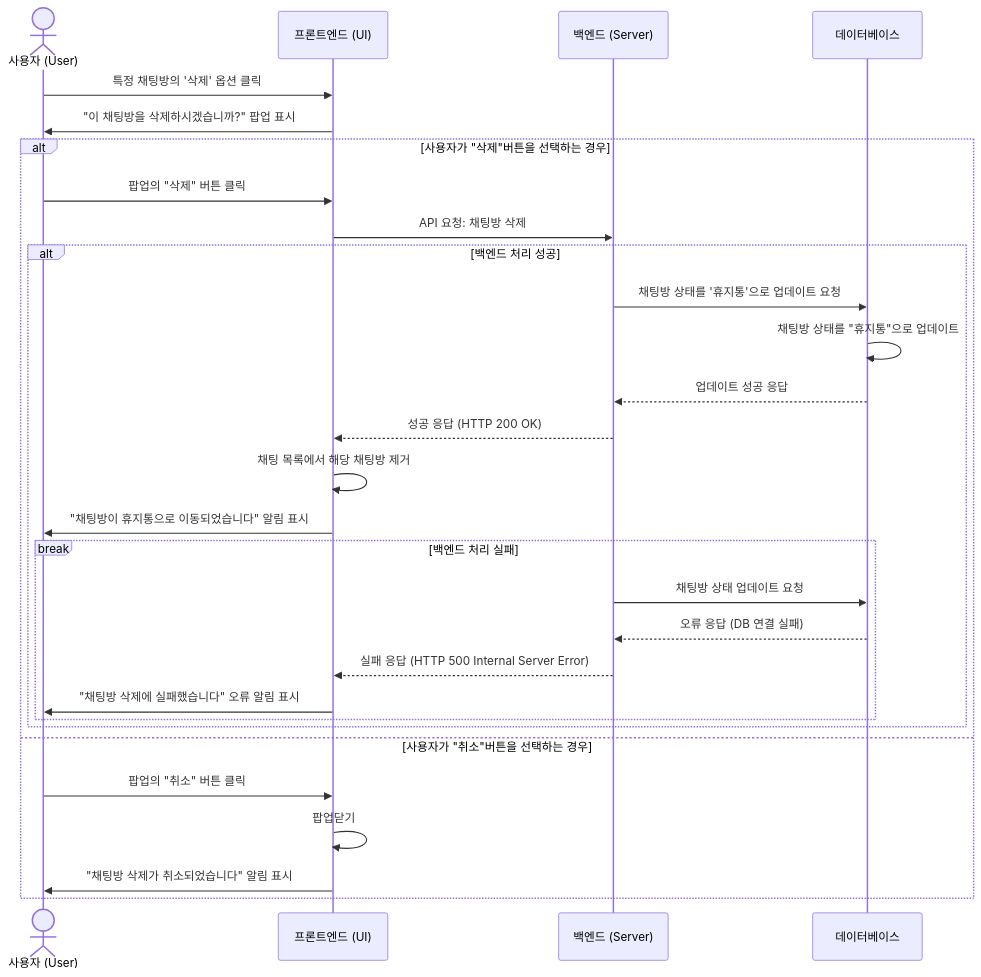
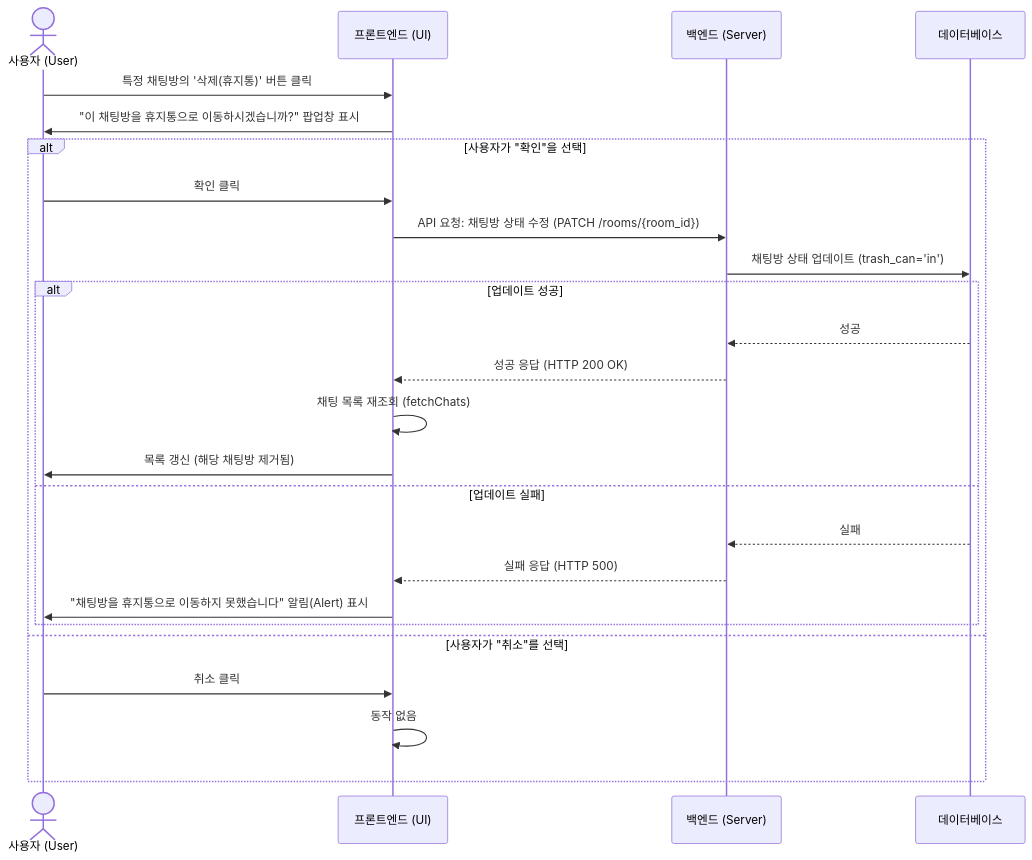
Before and after one commit to YU-SoftwareEng/AlphaBot: the ninth of 22 diagrams in 문서/SDS/SDS_[Alphabot]_4_SequenceDiagram.md, drawn with Mermaid. The commit also changed other lines of this file and 2 other files, not shown here.

Commit message:
sds 문서 업데이트

````diff
--- a/문서/SDS/SDS_[Alphabot]_4_SequenceDiagram.md
+++ b/문서/SDS/SDS_[Alphabot]_4_SequenceDiagram.md
@@ -317,31 +287,30 @@
 ```mermaid
 sequenceDiagram
-  actor 사용자 as 사용자 (User)
-  participant Frontend as 프론트엔드 (UI)
-  participant Backend as 백엔드 (Server)
-  participant DB as 데이터베이스
-  사용자 ->> Frontend: 특정 채팅방의 '삭제' 옵션 클릭
-  Frontend ->> 사용자: "이 채팅방을 삭제하시겠습니까?" 팝업 표시
-  alt 사용자가 "삭제"버튼을 선택하는 경우
-    사용자 ->> Frontend: 팝업의 "삭제" 버튼 클릭
-    Frontend ->> Backend: API 요청: 채팅방 삭제
-    alt 백엔드 처리 성공
-      Backend ->> DB: 채팅방 상태를 '휴지통'으로 업데이트 요청
-      DB ->> DB: 채팅방 상태를 "휴지통"으로 업데이트
-      DB -->> Backend: 업데이트 성공 응답
-      Backend -->> Frontend: 성공 응답 (HTTP 200 OK)
-      Frontend ->> Frontend: 채팅 목록에서 해당 채팅방 제거
-      Frontend ->> 사용자: "채팅방이 휴지통으로 이동되었습니다" 알림 표시
-    break 백엔드 처리 실패
-      Backend ->> DB: 채팅방 상태 업데이트 요청
-      DB -->> Backend: 오류 응답 (DB 연결 실패)
-      Backend -->> Frontend: 실패 응답 (HTTP 500 Internal Server Error)
-      Frontend ->> 사용자: "채팅방 삭제에 실패했습니다" 오류 알림 표시
-      end
+    actor 사용자 as 사용자 (User)
+    participant Frontend as 프론트엔드 (UI)
+    participant Backend as 백엔드 (Server)
+    participant DB as 데이터베이스
+
+    사용자 ->> Frontend: 특정 채팅방의 '삭제(휴지통)' 버튼 클릭
+    Frontend ->> 사용자: "이 채팅방을 휴지통으로 이동하시겠습니까?" 팝업창 표시
+
+    alt 사용자가 "확인"을 선택
+        사용자 ->> Frontend: 확인 클릭
+        Frontend ->> Backend: API 요청: 채팅방 상태 수정 (PATCH /rooms/{room_id})
+
+        Backend ->> DB: 채팅방 상태 업데이트 (trash_can='in')
+        alt 업데이트 성공
+            DB -->> Backend: 성공
+            Backend -->> Frontend: 성공 응답 (HTTP 200 OK)
+            Frontend ->> Frontend: 채팅 목록 재조회 (fetchChats)
+            Frontend ->> 사용자: 목록 갱신 (해당 채팅방 제거됨)
+        else 업데이트 실패
+            DB -->> Backend: 실패
+            Backend -->> Frontend: 실패 응답 (HTTP 500)
+            Frontend ->> 사용자: "채팅방을 휴지통으로 이동하지 못했습니다" 알림(Alert) 표시
+        end
+    else 사용자가 "취소"를 선택
+        사용자 ->> Frontend: 취소 클릭
+        Frontend ->> Frontend: 동작 없음
     end
-  else 사용자가 "취소"버튼을 선택하는 경우
-    사용자 ->> Frontend: 팝업의 "취소" 버튼 클릭
-    Frontend ->> Frontend: 팝업닫기
-    Frontend ->> 사용자: "채팅방 삭제가 취소되었습니다" 알림 표시
-  end
 ```
````
